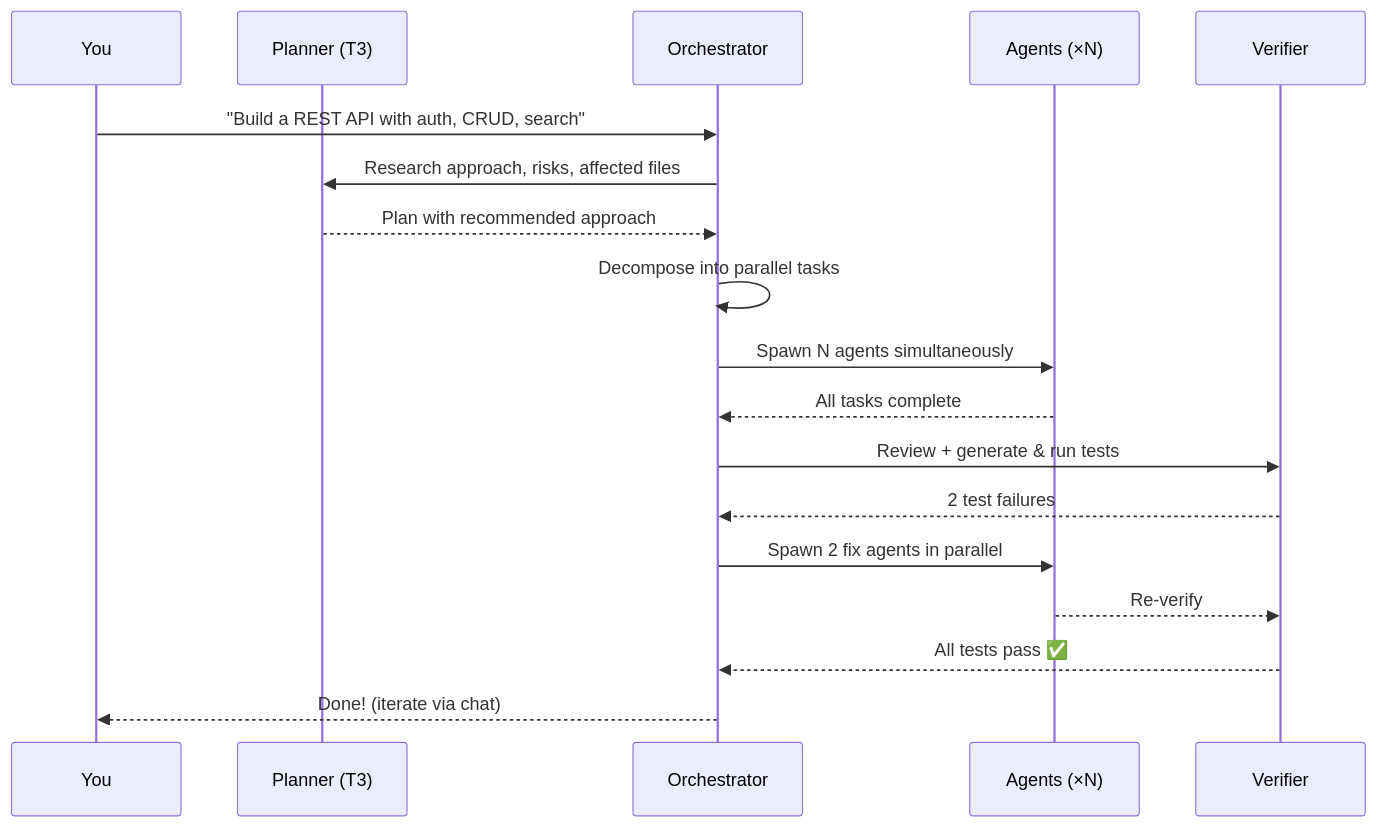
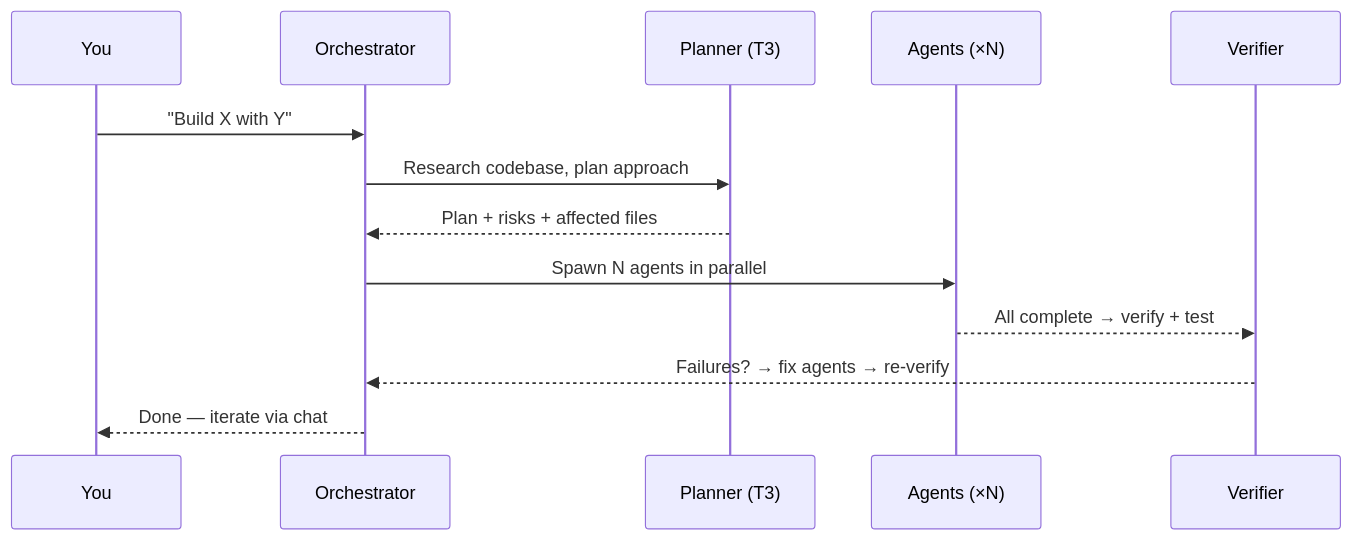
The second of 3 diagrams in README.md (MrUnreal/hAIvemind), drawn with Mermaid before and after one commit. The commit also changed other lines of this file, not shown here.

````diff
--- a/README.md
+++ b/README.md
@@ -103,21 +64,16 @@
 ```mermaid
 sequenceDiagram
   participant U as You
+  participant O as Orchestrator
   participant P as Planner (T3)
-  participant O as Orchestrator
   participant A as Agents (×N)
   participant V as Verifier
 
-  U->>O: "Build a REST API with auth, CRUD, search"
-  O->>P: Research approach, risks, affected files
-  P-->>O: Plan with recommended approach
-  O->>O: Decompose into parallel tasks
-  O->>A: Spawn N agents simultaneously
-  A-->>O: All tasks complete
-  O->>V: Review + generate & run tests
-  V-->>O: 2 test failures
-  O->>A: Spawn 2 fix agents in parallel
-  A-->>V: Re-verify
-  V-->>O: All tests pass ✅
-  O-->>U: Done! (iterate via chat)
+  U->>O: "Build X with Y"
+  O->>P: Research codebase, plan approach
+  P-->>O: Plan + risks + affected files
+  O->>A: Spawn N agents in parallel
+  A-->>V: All complete → verify + test
+  V-->>O: Failures? → fix agents → re-verify
+  O-->>U: Done — iterate via chat
 ```
````
